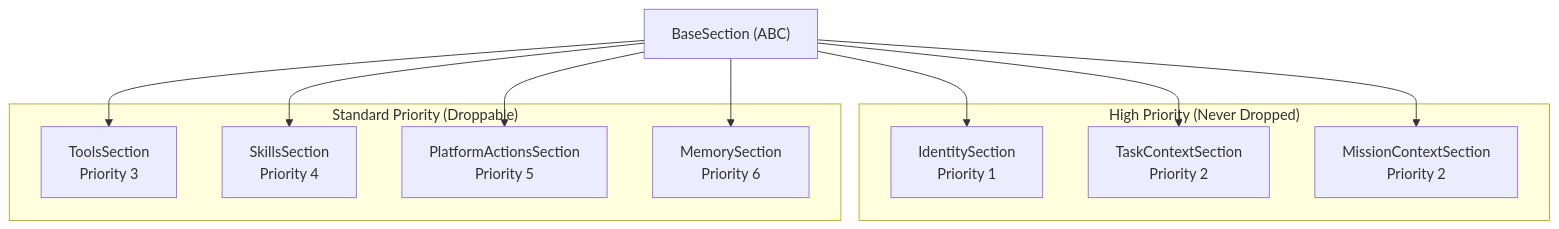
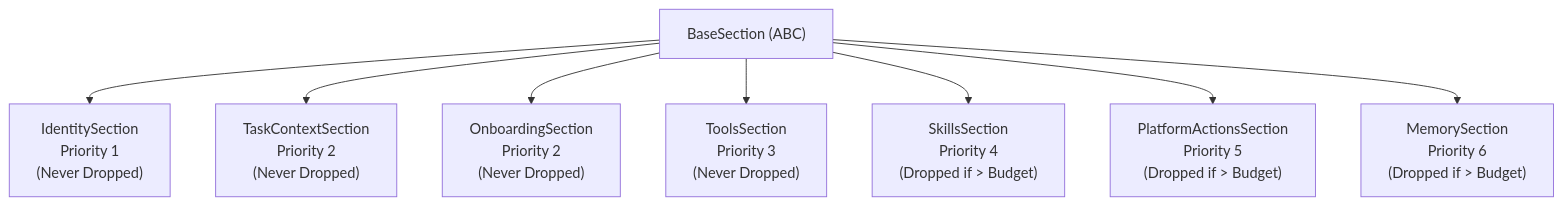
Before and after one commit to AutomatosAI/automatos-ai: the first of 3 diagrams in docs/context-service/section-types.md, drawn with Mermaid. The commit also changed other lines of this file and 153 other files, not shown here.

````diff
--- a/docs/context-service/section-types.md
+++ b/docs/context-service/section-types.md
@@ -77,17 +69,14 @@
 ```mermaid
 graph TB
-    subgraph "High Priority (Never Dropped)"
-        P1["IdentitySection<br/>Priority 1"]
-        P2["TaskContextSection<br/>Priority 2"]
-        P2B["MissionContextSection<br/>Priority 2"]
-    end
-
-    subgraph "Standard Priority (Droppable)"
-        P3["ToolsSection<br/>Priority 3"]
-        P4["SkillsSection<br/>Priority 4"]
-        P5["PlatformActionsSection<br/>Priority 5"]
-        P6["MemorySection<br/>Priority 6"]
-    end
+    BaseSection["BaseSection (ABC)"]
     
-    BaseSection["BaseSection (ABC)"] --> P1 & P2 & P2B & P3 & P4 & P5 & P6
+    P1["IdentitySection<br/>Priority 1<br/>(Never Dropped)"]
+    P2["TaskContextSection<br/>Priority 2<br/>(Never Dropped)"]
+    P2_1["OnboardingSection<br/>Priority 2<br/>(Never Dropped)"]
+    P3["ToolsSection<br/>Priority 3<br/>(Never Dropped)"]
+    P4["SkillsSection<br/>Priority 4<br/>(Dropped if > Budget)"]
+    P5["PlatformActionsSection<br/>Priority 5<br/>(Dropped if > Budget)"]
+    P6["MemorySection<br/>Priority 6<br/>(Dropped if > Budget)"]
+    
+    BaseSection --> P1 & P2 & P2_1 & P3 & P4 & P5 & P6
 ```
````
